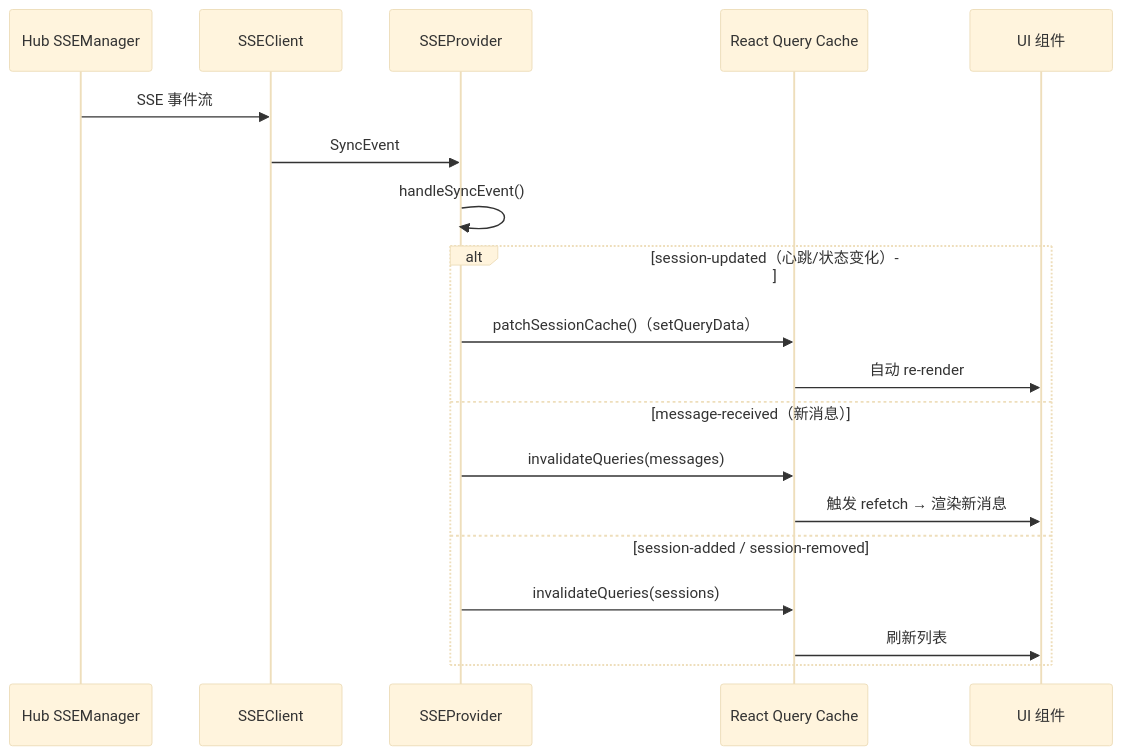
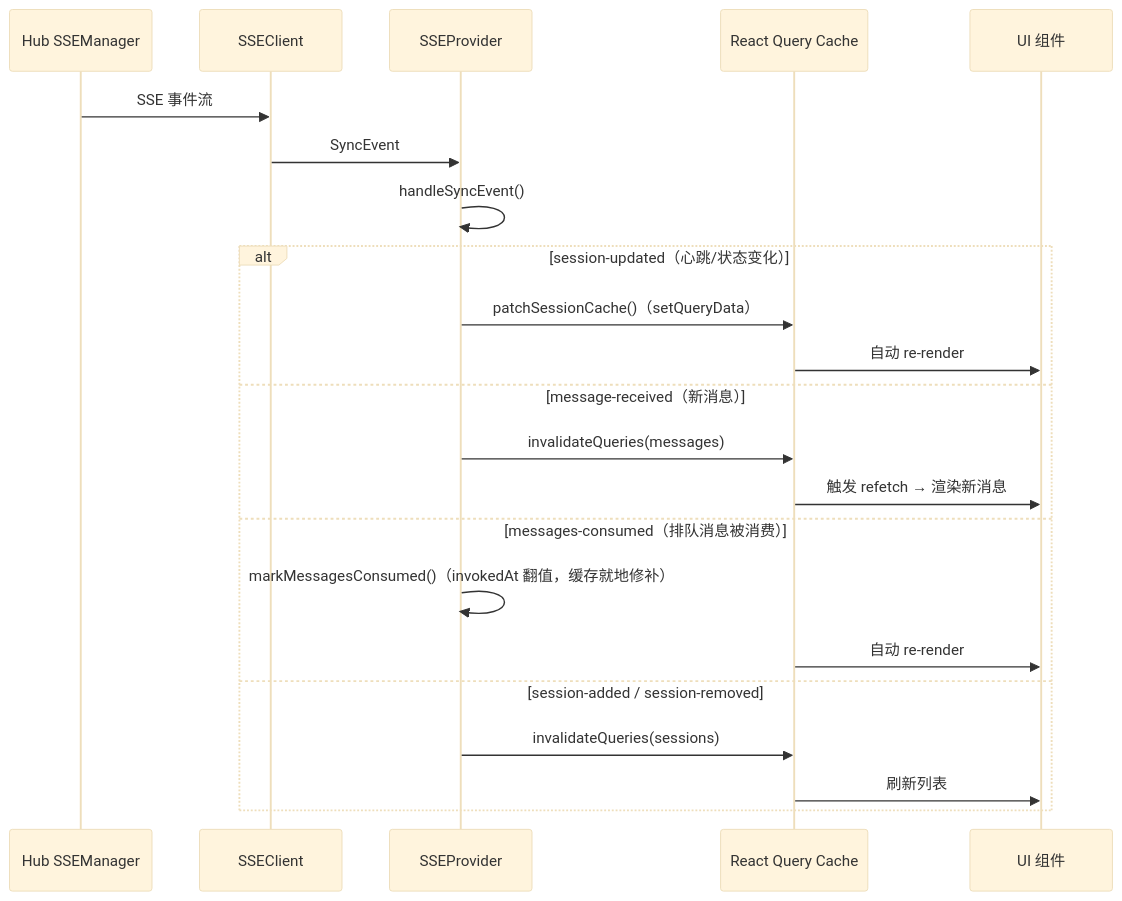
Before and after one commit to ModuBit/mobi: the third of 5 diagrams in docs/architecture/web/README.md, drawn with Mermaid (base theme). The commit also changed other lines of this file and 12 other files, not shown here.

````diff
--- a/docs/architecture/web/README.md
+++ b/docs/architecture/web/README.md
@@ -399,23 +402,26 @@
 ```mermaid
 sequenceDiagram
     participant Hub as Hub SSEManager
     participant SSEClient as SSEClient
     participant Provider as SSEProvider
     participant QC as React Query Cache
     participant UI as UI 组件
 
     Hub->>SSEClient: SSE 事件流
     SSEClient->>Provider: SyncEvent
     Provider->>Provider: handleSyncEvent()
 
     alt session-updated（心跳/状态变化）
         Provider->>QC: patchSessionCache()（setQueryData）
         QC->>UI: 自动 re-render
     else message-received（新消息）
         Provider->>QC: invalidateQueries(messages)
         QC->>UI: 触发 refetch → 渲染新消息
+    else messages-consumed（排队消息被消费）
+        Provider->>Provider: markMessagesConsumed()（invokedAt 翻值，缓存就地修补）
+        QC->>UI: 自动 re-render
     else session-added / session-removed
         Provider->>QC: invalidateQueries(sessions)
         QC->>UI: 刷新列表
     end
 ```
````
